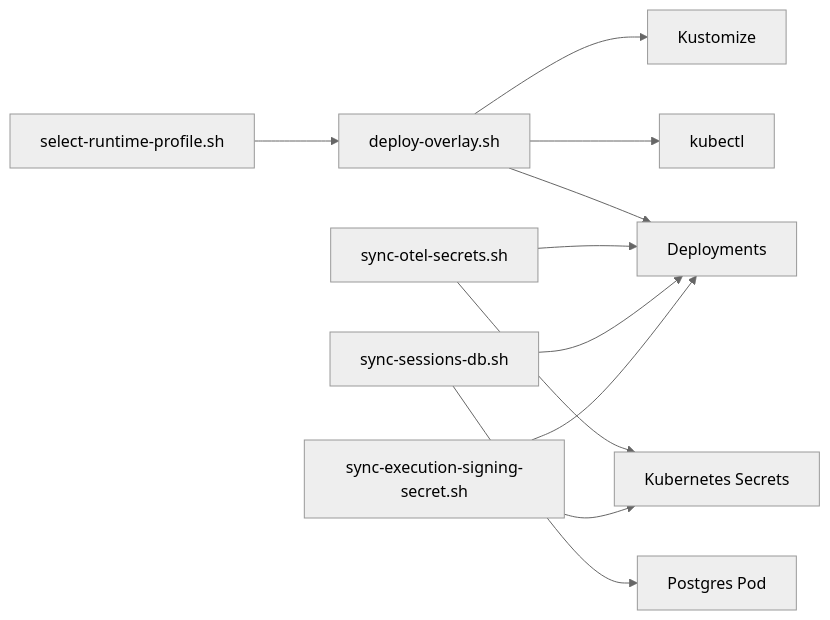
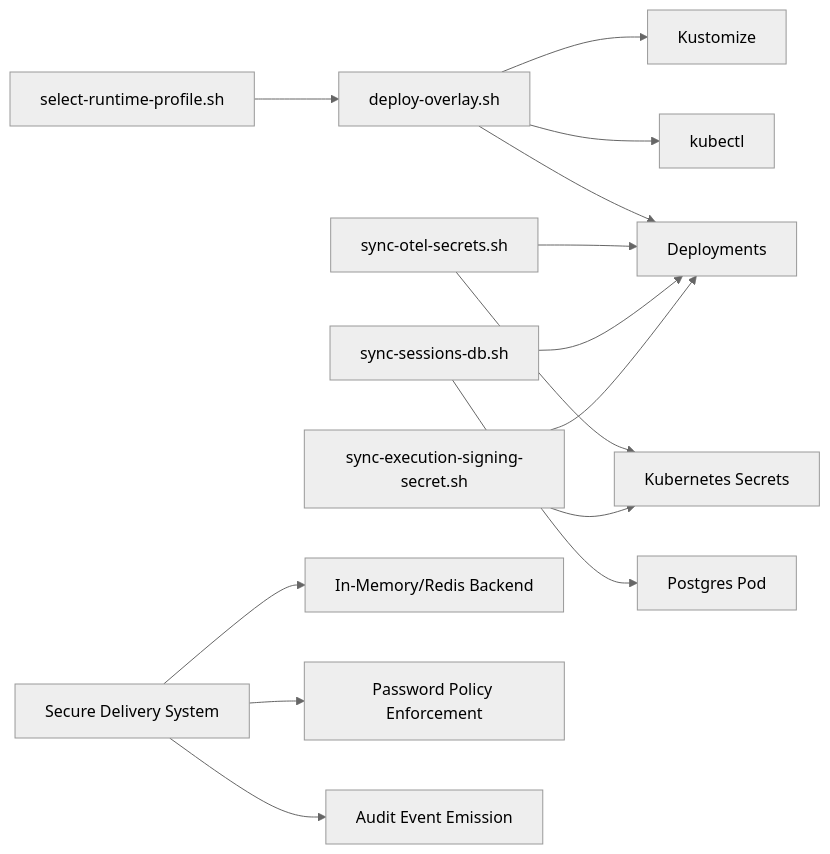
Before and after one commit to metasync/luban-aiops: the fifth of 5 diagrams in .qoder/repowiki/en/content/Deployment and Operations/Deployment and Operations.md, drawn with Mermaid (neutral theme). The commit also changed other lines of this file and 56 other files, not shown here.

````diff
--- a/.qoder/repowiki/en/content/Deployment and Operations/Deployment and Operations.md
+++ b/.qoder/repowiki/en/content/Deployment and Operations/Deployment and Operations.md
@@ -226,13 +290,16 @@
 ```mermaid
 graph LR
 Overlay["deploy-overlay.sh"] --> Kustomize["Kustomize"]
 Overlay --> Kubectl["kubectl"]
 Overlay --> Deployments["Deployments"]
 Profile["select-runtime-profile.sh"] --> Overlay
 OTelSync["sync-otel-secrets.sh"] --> Secrets["Kubernetes Secrets"]
 OTelSync --> Deployments
 DBSync["sync-sessions-db.sh"] --> Postgres["Postgres Pod"]
 DBSync --> Deployments
 SignSync["sync-execution-signing-secret.sh"] --> Secrets
 SignSync --> Deployments
+PasswordDelivery["Secure Delivery System"] --> Buffer["In-Memory/Redis Backend"]
+PasswordDelivery --> Policy["Password Policy Enforcement"]
+PasswordDelivery --> Audit["Audit Event Emission"]
 ```
````
